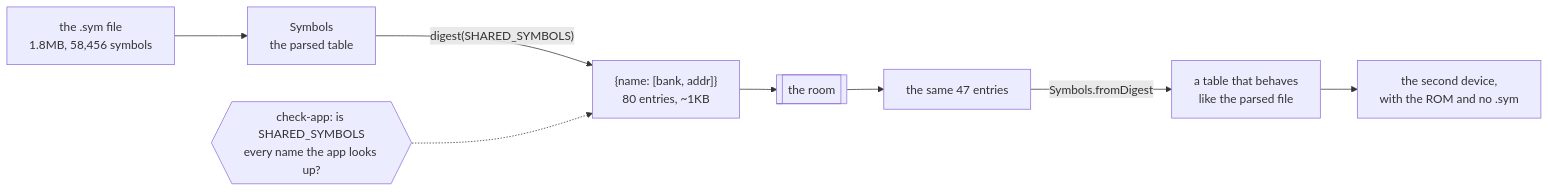
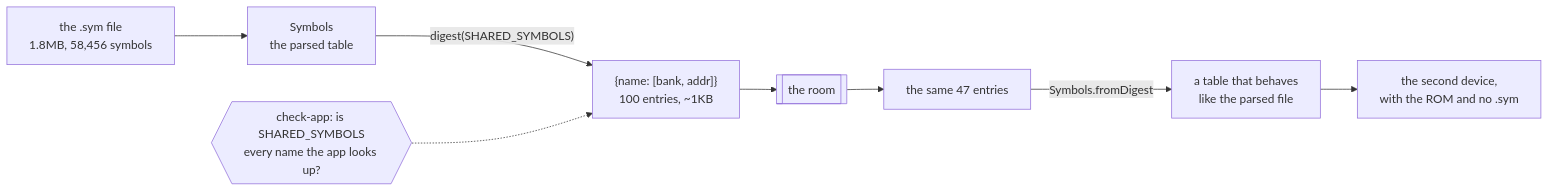
One commit to minormending/crystal-pilot-mobile changed diagram 50 of 51 in docs/CODE.md. Above: the diagram before and after it, drawn with Mermaid. The commit also changed other lines of this file and 8 other files, not shown here.

````diff
--- a/docs/CODE.md
+++ b/docs/CODE.md
@@ -6470,10 +6515,10 @@
 ```mermaid
 flowchart LR
     F["the .sym file<br/>1.8MB, 58,456 symbols"] --> S["Symbols<br/>the parsed table"]
-    S -->|"digest(SHARED_SYMBOLS)"| D["{name: [bank, addr]}<br/>80 entries, ~1KB"]
+    S -->|"digest(SHARED_SYMBOLS)"| D["{name: [bank, addr]}<br/>100 entries, ~1KB"]
     D --> R[["the room"]]
     R --> D2["the same 47 entries"]
     D2 -->|"Symbols.fromDigest"| T["a table that behaves<br/>like the parsed file"]
     T --> APP["the second device,<br/>with the ROM and no .sym"]
     C{{"check-app: is SHARED_SYMBOLS<br/>every name the app looks up?"}} -.-> D
 ```
````
